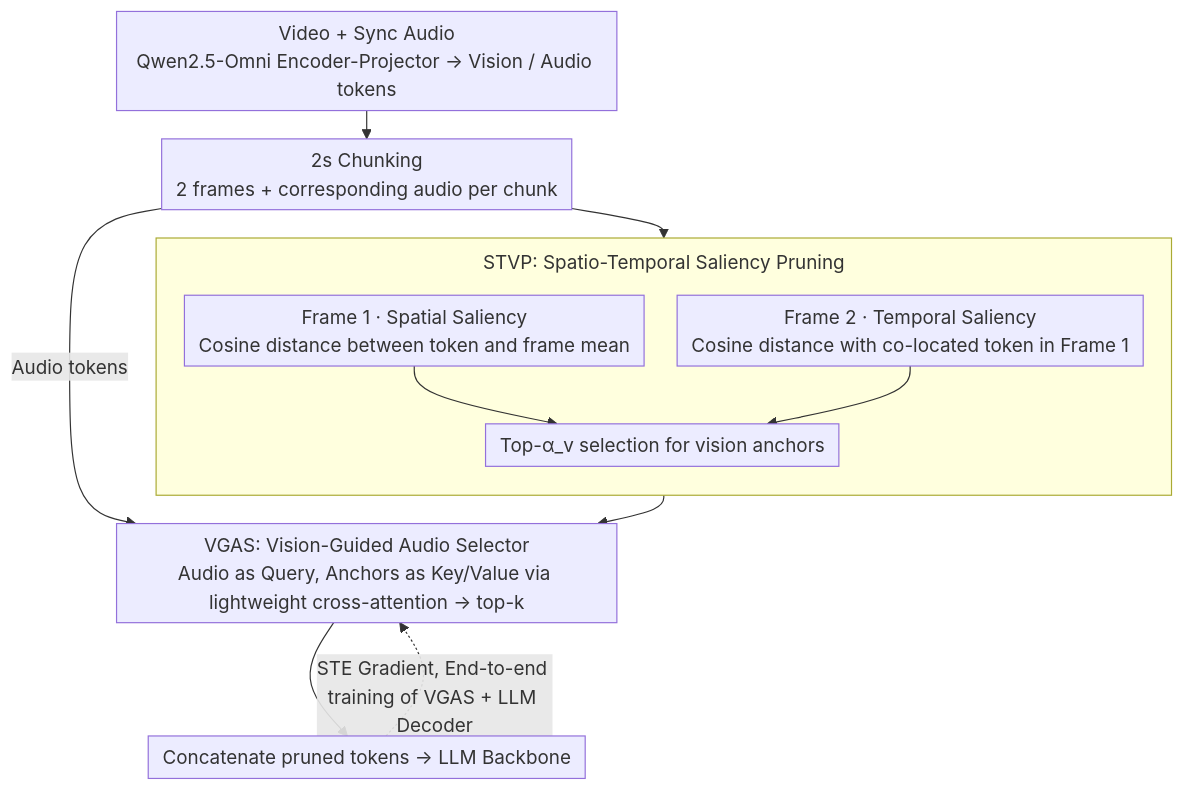
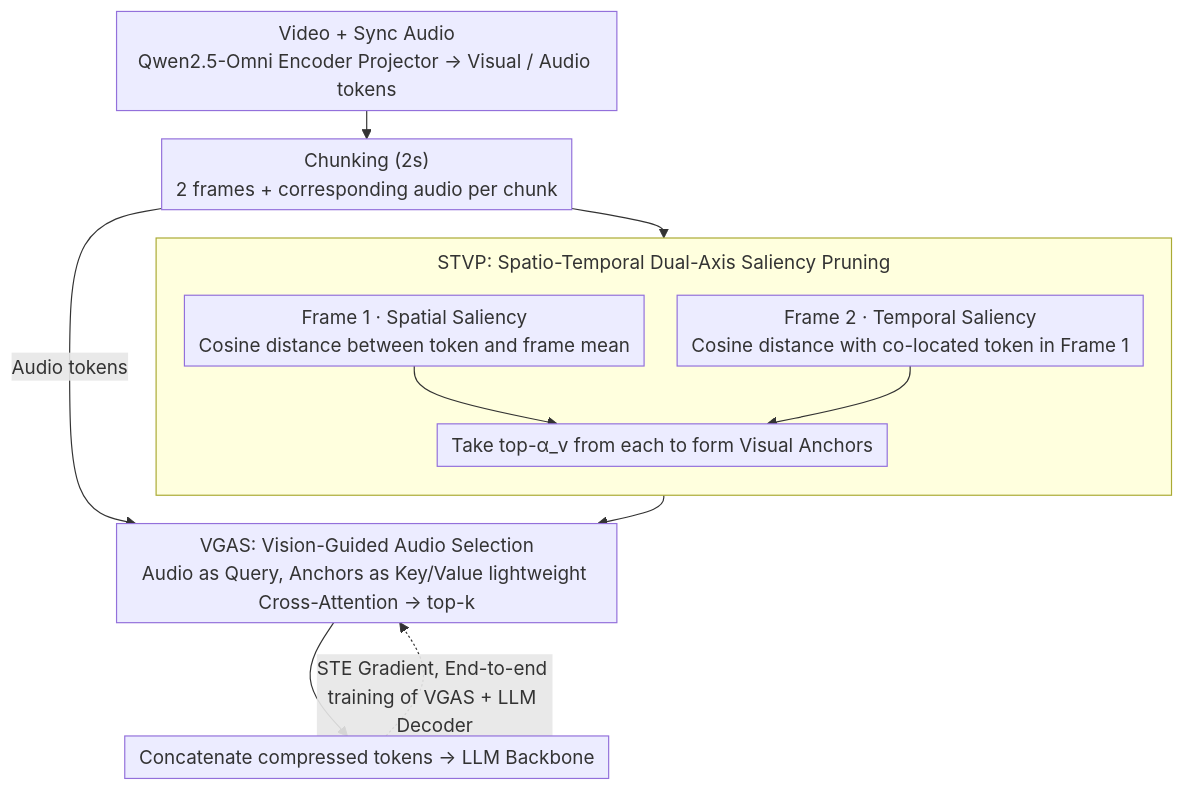
The diagram in docs/ICML2026/video_understanding/omnisift_modality-asymmetric_token_compression_for_efficient_omni-modal_large_la.md (zhaoyang97/Paper-Notes-en), drawn with Mermaid before and after one commit. The commit also changed other lines of this file and 5084 other files, not shown here.

````diff
--- a/docs/ICML2026/video_understanding/omnisift_modality-asymmetric_token_compression_for_efficient_omni-modal_large_la.md
+++ b/docs/ICML2026/video_understanding/omnisift_modality-asymmetric_token_compression_for_efficient_omni-modal_large_la.md
@@ -43,17 +43,17 @@
 ```mermaid
 %%{init: {'flowchart': {'rankSpacing': 24, 'nodeSpacing': 28, 'padding': 6, 'wrappingWidth': 400, 'subGraphTitleMargin': {'top': 8, 'bottom': 16}}}}%%
 flowchart TD
-    A["Video + Sync Audio<br/>Qwen2.5-Omni Encoder-Projector → Vision / Audio tokens"] --> B["2s Chunking<br/>2 frames + corresponding audio per chunk"]
-    subgraph STVP["STVP: Spatio-Temporal Saliency Pruning"]
+    A["Video + Sync Audio<br/>Qwen2.5-Omni Encoder Projector → Visual / Audio tokens"] --> B["Chunking (2s)<br/>2 frames + corresponding audio per chunk"]
+    subgraph STVP["STVP: Spatio-Temporal Dual-Axis Saliency Pruning"]
         direction TB
         C1["Frame 1 · Spatial Saliency<br/>Cosine distance between token and frame mean"]
         C2["Frame 2 · Temporal Saliency<br/>Cosine distance with co-located token in Frame 1"]
-        C1 --> C3["Top-α_v selection for vision anchors"]
+        C1 --> C3["Take top-α_v from each to form Visual Anchors"]
         C2 --> C3
     end
     B --> STVP
-    STVP --> D["VGAS: Vision-Guided Audio Selector<br/>Audio as Query, Anchors as Key/Value via lightweight cross-attention → top-k"]
+    STVP --> D["VGAS: Vision-Guided Audio Selection<br/>Audio as Query, Anchors as Key/Value lightweight Cross-Attention → top-k"]
     B -->|Audio tokens| D
-    D --> E["Concatenate pruned tokens → LLM Backbone"]
+    D --> E["Concatenate compressed tokens → LLM Backbone"]
     E -.->|STE Gradient, End-to-end training of VGAS + LLM Decoder| D
 ```
````
